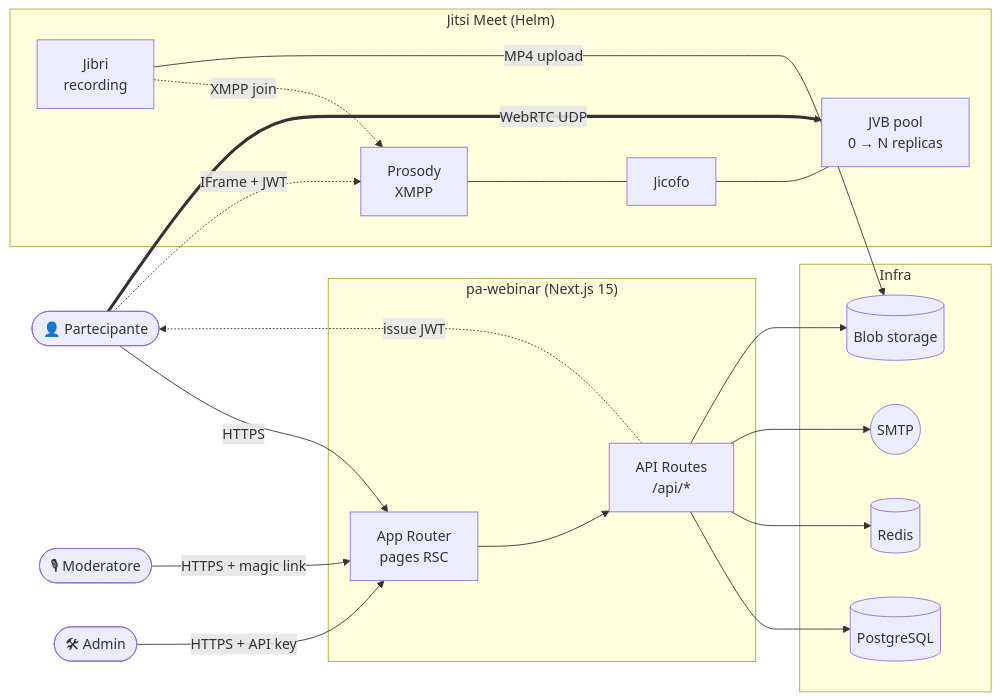
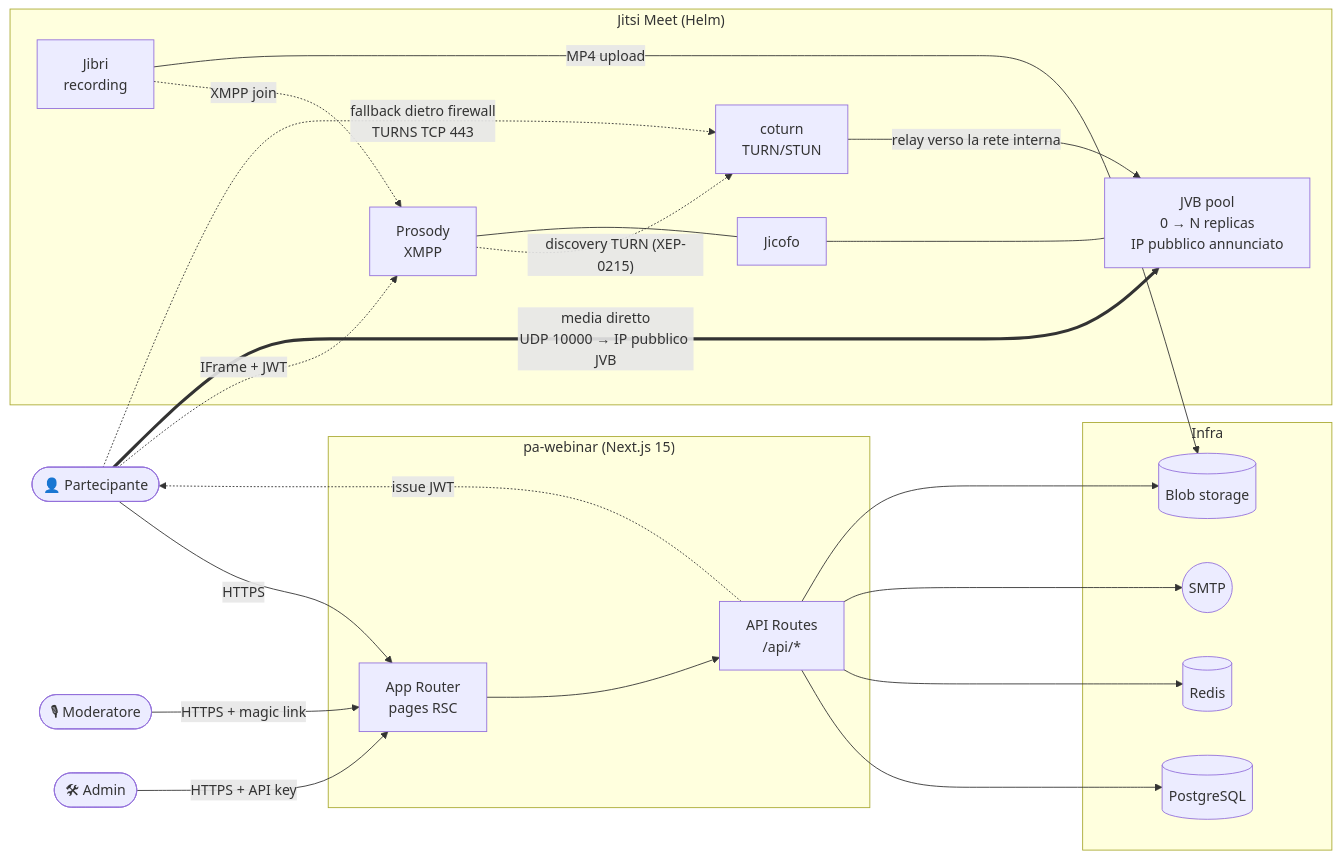
Before and after one commit to italia/pa-webinar: the first of 3 diagrams in README.md, drawn with Mermaid. The commit also changed other lines of this file and 38 other files, not shown here.

````diff
--- a/README.md
+++ b/README.md
@@ -74,43 +74,47 @@
 ```mermaid
 flowchart LR
   Browser(["👤 Partecipante"])
   Moderatore(["🎙 Moderatore"])
   Admin(["🛠 Admin"])
 
   subgraph App["pa-webinar (Next.js 15)"]
     API["API Routes<br/>/api/*"]
     Pages["App Router<br/>pages RSC"]
   end
 
   subgraph Jitsi["Jitsi Meet (Helm)"]
     Prosody["Prosody<br/>XMPP"]
     Jicofo
-    JVB["JVB pool<br/>0 → N replicas"]
+    JVB["JVB pool<br/>0 → N replicas<br/>IP pubblico annunciato"]
+    Coturn["coturn<br/>TURN/STUN"]
     Jibri["Jibri<br/>recording"]
   end
 
   subgraph Infra
     PG[(PostgreSQL)]
     Redis[(Redis)]
     SMTP((SMTP))
     Blob[(Blob storage)]
   end
 
   Browser -->|HTTPS| Pages
   Moderatore -->|HTTPS + magic link| Pages
   Admin -->|HTTPS + API key| Pages
   Pages --> API
   Browser -.->|IFrame + JWT| Prosody
-  Browser ==>|WebRTC UDP| JVB
+  Browser ==>|"media diretto<br/>UDP 10000 → IP pubblico JVB"| JVB
+  Browser -.->|"fallback dietro firewall<br/>TURNS TCP 443"| Coturn
+  Coturn -->|"relay verso la rete interna"| JVB
+  Prosody -.->|"discovery TURN (XEP-0215)"| Coturn
   Jibri -.->|XMPP join| Prosody
   Jibri -->|MP4 upload| Blob
 
   API --> PG
   API --> Redis
   API --> SMTP
   API --> Blob
   API -.->|issue JWT| Browser
 
   Prosody --- Jicofo
   Jicofo --- JVB
 ```
````
